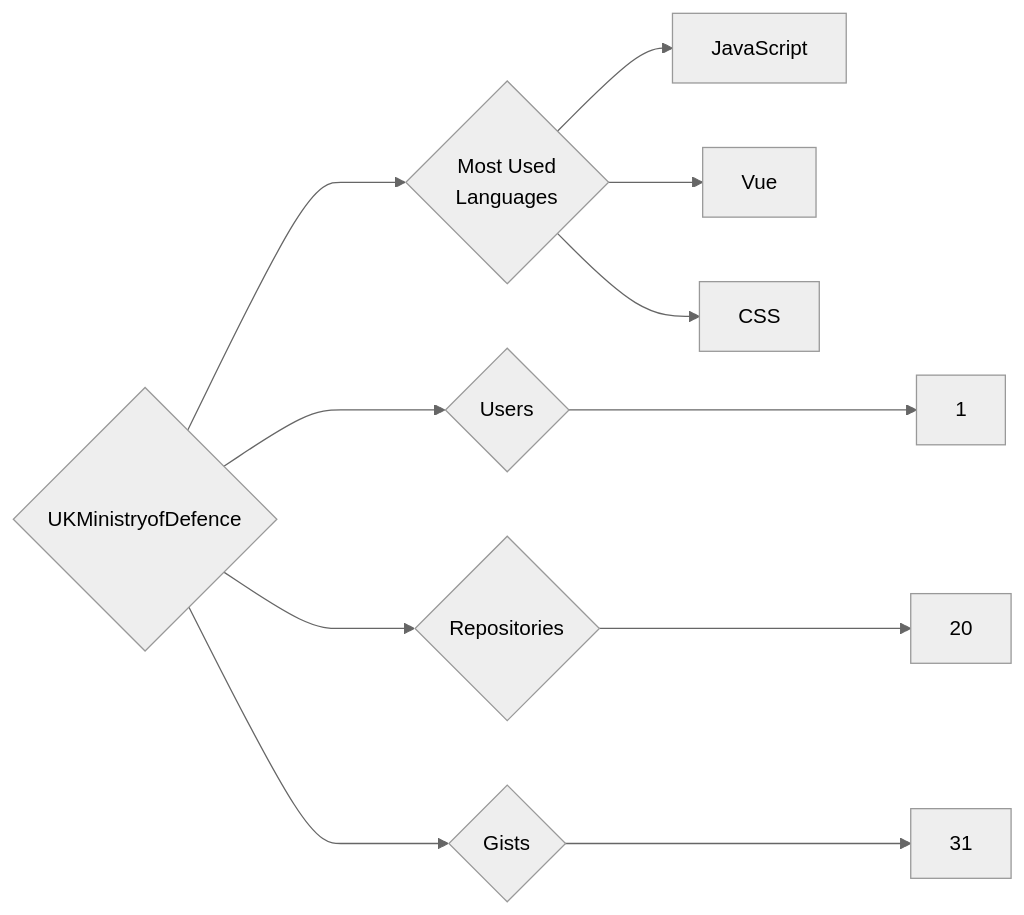
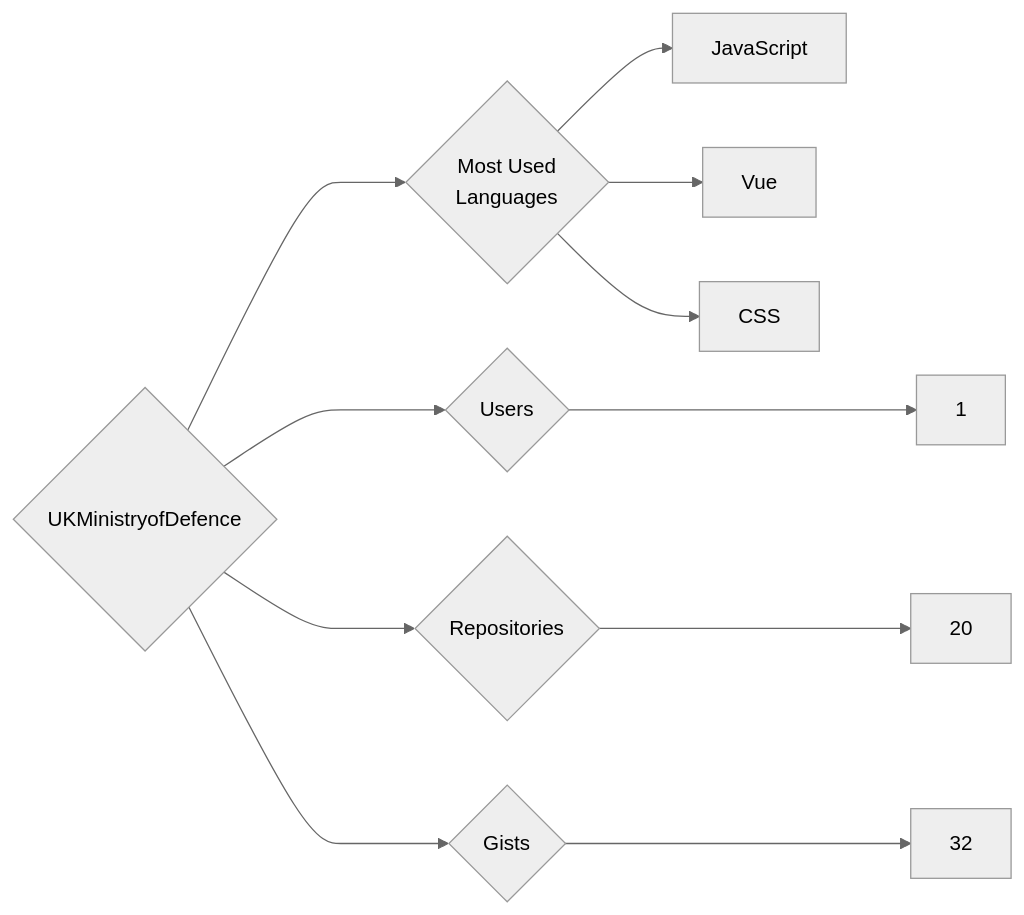
One commit to trickest/insiders changed the diagram in targets/UKMinistryofDefence/README.md. Above: the diagram before and after it, drawn with Mermaid (neutral theme). The commit also changed 1496 other files, not shown here.

````diff
--- a/targets/UKMinistryofDefence/README.md
+++ b/targets/UKMinistryofDefence/README.md
@@ -3,11 +3,11 @@
 ```mermaid
 graph LR
 COMPANY_NAME{UKMinistryofDefence}
 COMPANY_NAME ---> U{Users} ---> UN[1]
 COMPANY_NAME ---> R{Repositories} ---> RN[20]
-COMPANY_NAME ---> G{Gists} ---> GN[31]
+COMPANY_NAME ---> G{Gists} ---> GN[32]
 COMPANY_NAME ---> ML{Most Used<br>Languages}
 ML --> JavaScript[JavaScript]
 ML --> Vue[Vue]
 ML --> CSS[CSS]
 ```
````
